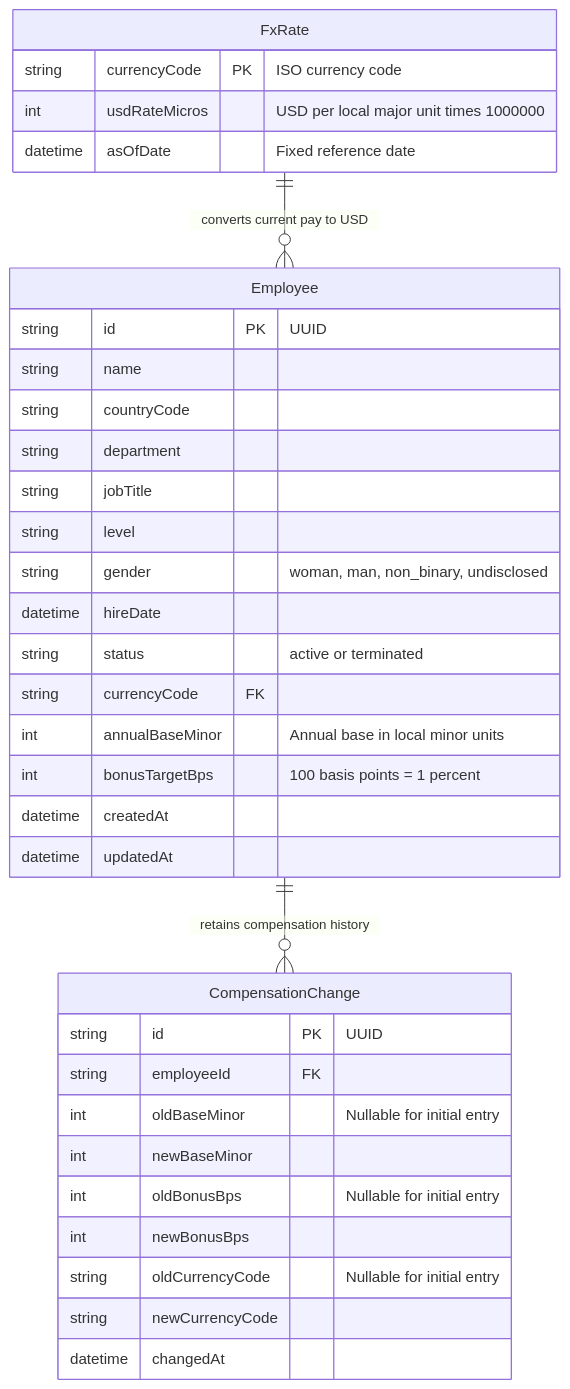
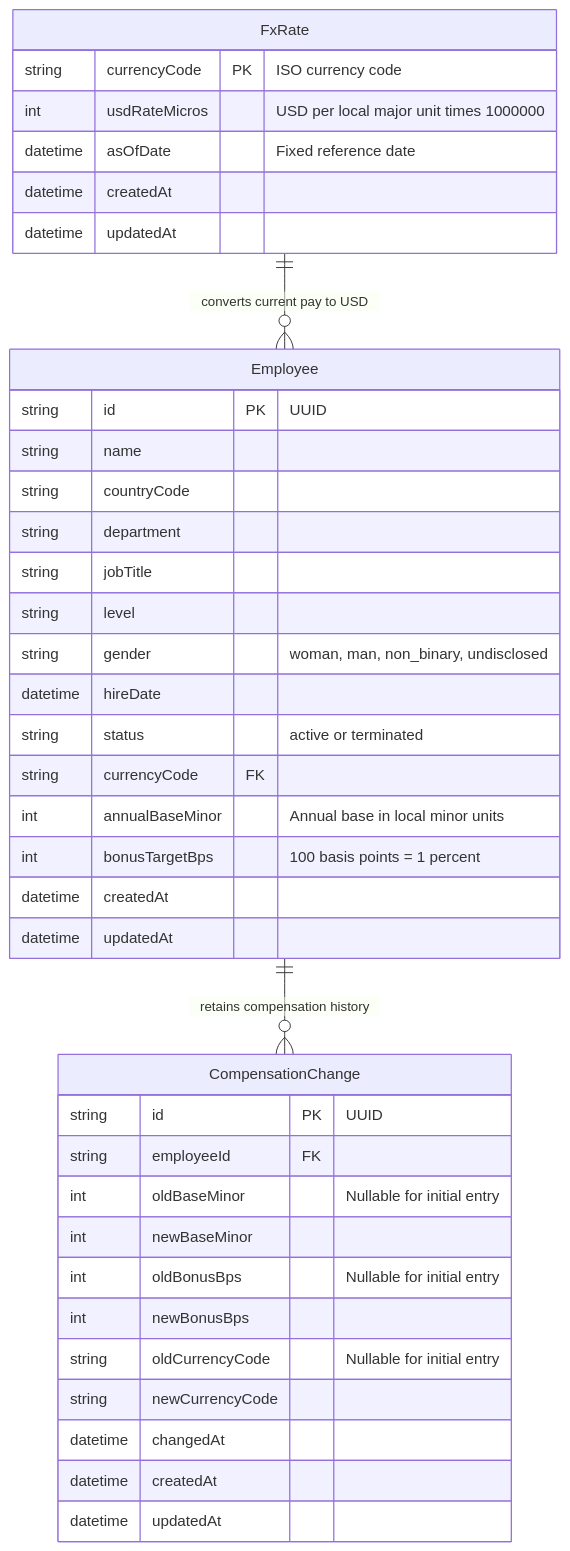
Before and after one commit to dhruvdabhi101/HRMS: the diagram in docs/DATABASE.md, drawn with Mermaid. The commit also changed other lines of this file and 3 other files, not shown here.

````diff
--- a/docs/DATABASE.md
+++ b/docs/DATABASE.md
@@ -5,40 +5,44 @@
 ```mermaid
 erDiagram
     FxRate ||--o{ Employee : "converts current pay to USD"
     Employee ||--o{ CompensationChange : "retains compensation history"
 
     Employee {
         string id PK "UUID"
         string name
         string countryCode
         string department
         string jobTitle
         string level
         string gender "woman, man, non_binary, undisclosed"
         datetime hireDate
         string status "active or terminated"
         string currencyCode FK
         int annualBaseMinor "Annual base in local minor units"
         int bonusTargetBps "100 basis points = 1 percent"
         datetime createdAt
         datetime updatedAt
     }
 
     CompensationChange {
         string id PK "UUID"
         string employeeId FK
         int oldBaseMinor "Nullable for initial entry"
         int newBaseMinor
         int oldBonusBps "Nullable for initial entry"
         int newBonusBps
         string oldCurrencyCode "Nullable for initial entry"
         string newCurrencyCode
         datetime changedAt
+        datetime createdAt
+        datetime updatedAt
     }
 
     FxRate {
         string currencyCode PK "ISO currency code"
         int usdRateMicros "USD per local major unit times 1000000"
         datetime asOfDate "Fixed reference date"
+        datetime createdAt
+        datetime updatedAt
     }
 ```
````
